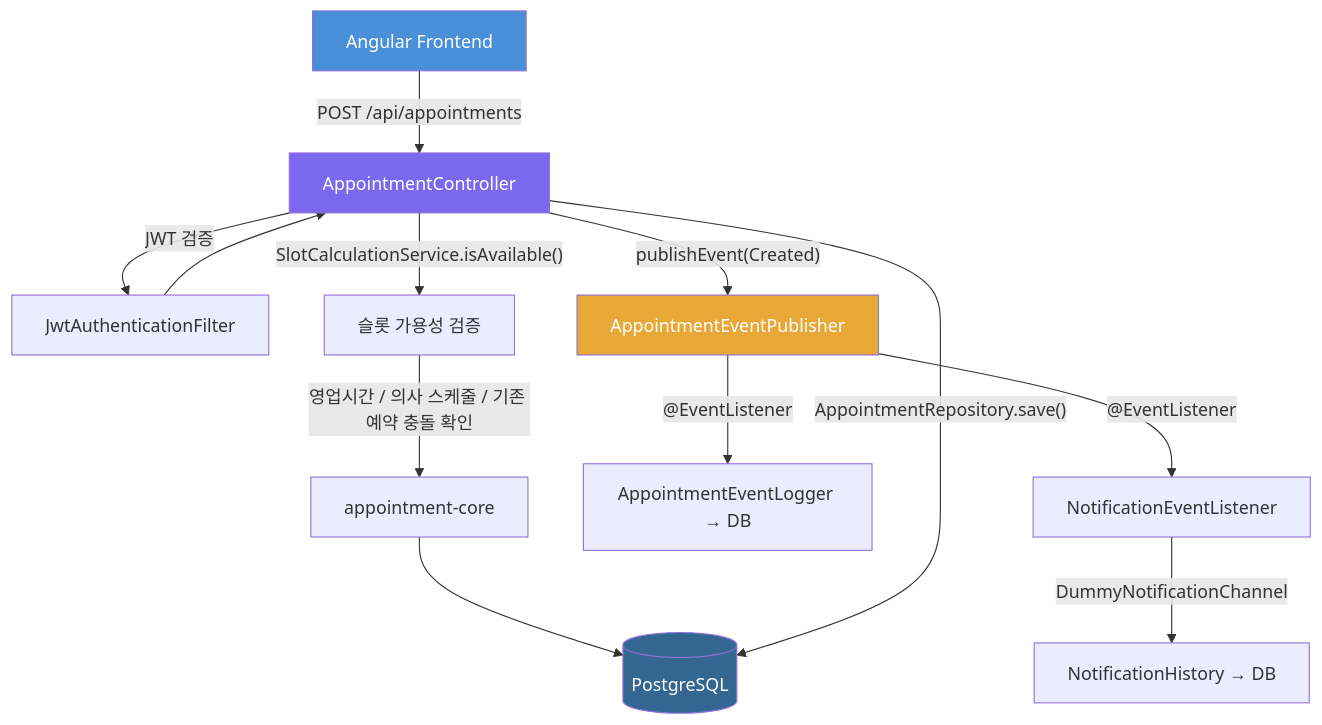
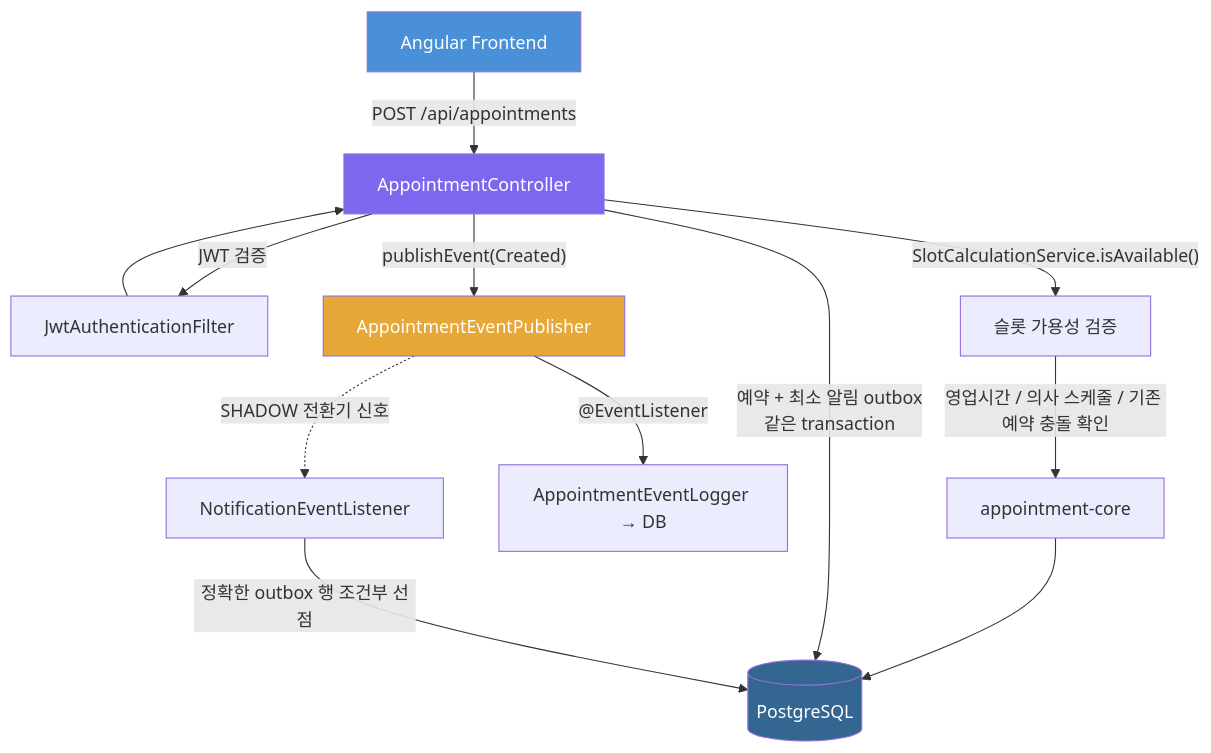
Before and after one commit to bluetape4k/clinic-appointment: the first of 9 diagrams in docs/requirements/data-flow.md, drawn with Mermaid. The commit also changed other lines of this file and 117 other files, not shown here.

````diff
--- a/docs/requirements/data-flow.md
+++ b/docs/requirements/data-flow.md
@@ -5,19 +5,19 @@
 ```mermaid
 flowchart TD
     FE["Angular Frontend"] -->|"POST /api/appointments"| API["AppointmentController"]
     API -->|"JWT 검증"| SEC["JwtAuthenticationFilter"]
     SEC --> API
     API -->|"SlotCalculationService.isAvailable()"| SLOT["슬롯 가용성 검증"]
     SLOT -->|"영업시간 / 의사 스케줄 / 기존 예약 충돌 확인"| CORE["appointment-core"]
     CORE --> DB[("PostgreSQL")]
-    API -->|"AppointmentRepository.save()"| DB
+    API -->|"예약 + 최소 알림 outbox\n같은 transaction"| DB
     API -->|"publishEvent(Created)"| EVT["AppointmentEventPublisher"]
     EVT -->|"@EventListener"| LOG["AppointmentEventLogger → DB"]
-    EVT -->|"@EventListener"| NOTIF["NotificationEventListener"]
-    NOTIF -->|"DummyNotificationChannel"| HIST["NotificationHistory → DB"]
+    EVT -. "SHADOW 전환기 신호" .-> NOTIF["NotificationEventListener"]
+    NOTIF -->|"정확한 outbox 행 조건부 선점"| DB
 
     style FE fill:#4A90D9,color:#fff
     style API fill:#7B68EE,color:#fff
     style DB fill:#336791,color:#fff
     style EVT fill:#E8A838,color:#fff
 ```
````
